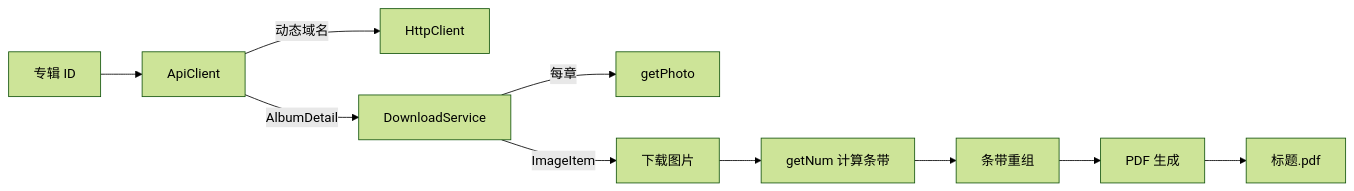
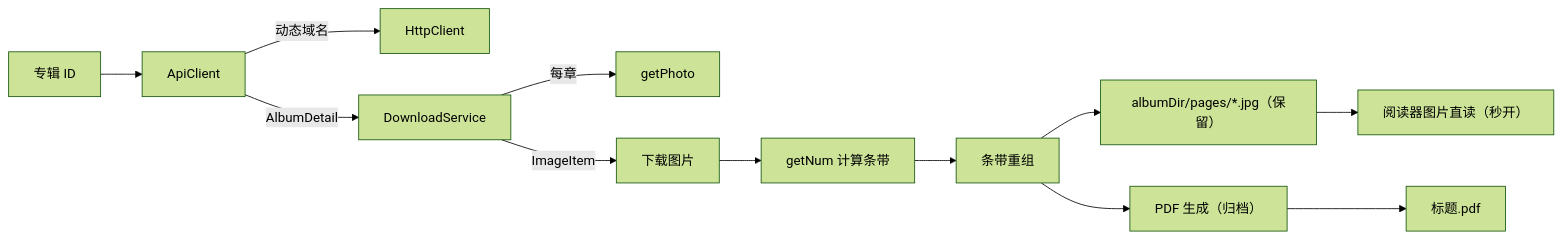
One commit to aDarkMaker/JMFM changed the second of 2 diagrams in docs/architecture/overview.md. Above: the diagram before and after it, drawn with Mermaid (forest theme). The commit also changed other lines of this file and 10 other files, not shown here.

Commit message:
docs: refresh architecture and changelog

````diff
--- a/docs/architecture/overview.md
+++ b/docs/architecture/overview.md
@@ -72,12 +76,14 @@
 ```mermaid
 flowchart LR
     id["专辑 ID"] --> api2["ApiClient"]
     api2 -->|"动态域名"| http["HttpClient"]
     api2 -->|"AlbumDetail"| svc["DownloadService"]
     svc -->|"每章"| ph["getPhoto"]
     svc -->|"ImageItem"| img["下载图片"]
     img --> num["getNum 计算条带"]
     num --> dec["条带重组"]
-    dec --> pdf2["PDF 生成"]
+    dec --> pages["albumDir/pages/*.jpg（保留）"]
+    pages --> read["阅读器图片直读（秒开）"]
+    dec --> pdf2["PDF 生成（归档）"]
     pdf2 --> file["标题.pdf"]
 ```
````
